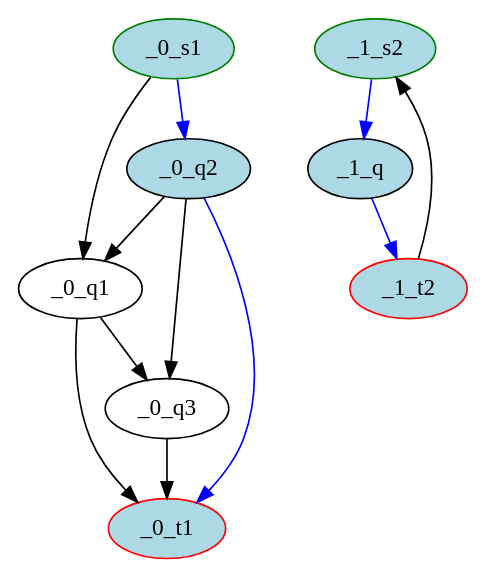
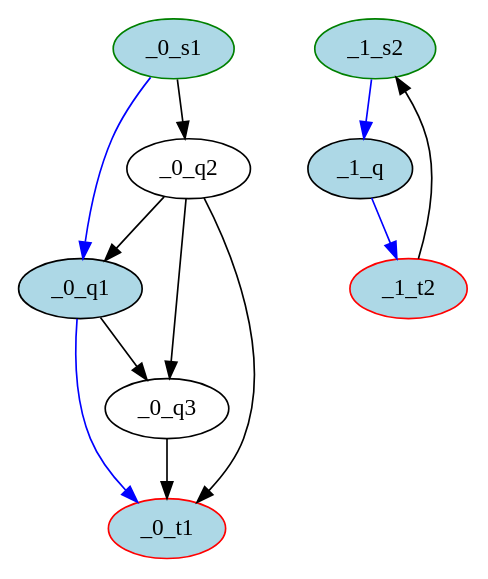
The diagram in assignment/sol/result-l2.dot (Demalios/CoCa), drawn with Graphviz before and after one commit. The commit also changed 2 other files, not shown here.

```diff
--- a/assignment/sol/result-l2.dot
+++ b/assignment/sol/result-l2.dot
@@ -1,21 +1,21 @@
-digraph Sol_Length2{
+digraph result{
 _0_s1 [initial=1,color=green][style=filled,fillcolor=lightblue];
 _0_t1 [final=1,color=red][style=filled,fillcolor=lightblue];
-_0_q1 ;
-_0_q2 [style=filled,fillcolor=lightblue];
+_0_q1 [style=filled,fillcolor=lightblue];
+_0_q2 ;
 _0_q3 ;
-_0_s1 -> _0_q1 ;
-_0_s1 -> _0_q2 [color=blue];
-_0_q1 -> _0_t1 ;
-_0_q1 -> _0_q3 ;
-_0_q2 -> _0_t1 [color=blue];
-_0_q2 -> _0_q1 ;
-_0_q2 -> _0_q3 ;
-_0_q3 -> _0_t1 ;
+_0_s1 -> _0_q1 [color=blue];
+_0_s1 -> _0_q2;
+_0_q1 -> _0_t1 [color=blue];
+_0_q1 -> _0_q3;
+_0_q2 -> _0_t1;
+_0_q2 -> _0_q1;
+_0_q2 -> _0_q3;
+_0_q3 -> _0_t1;
 _1_s2 [initial=1,color=green][style=filled,fillcolor=lightblue];
 _1_t2 [final=1,color=red][style=filled,fillcolor=lightblue];
 _1_q [style=filled,fillcolor=lightblue];
 _1_s2 -> _1_q [color=blue];
-_1_t2 -> _1_s2 ;
+_1_t2 -> _1_s2;
 _1_q -> _1_t2 [color=blue];
 }
```
